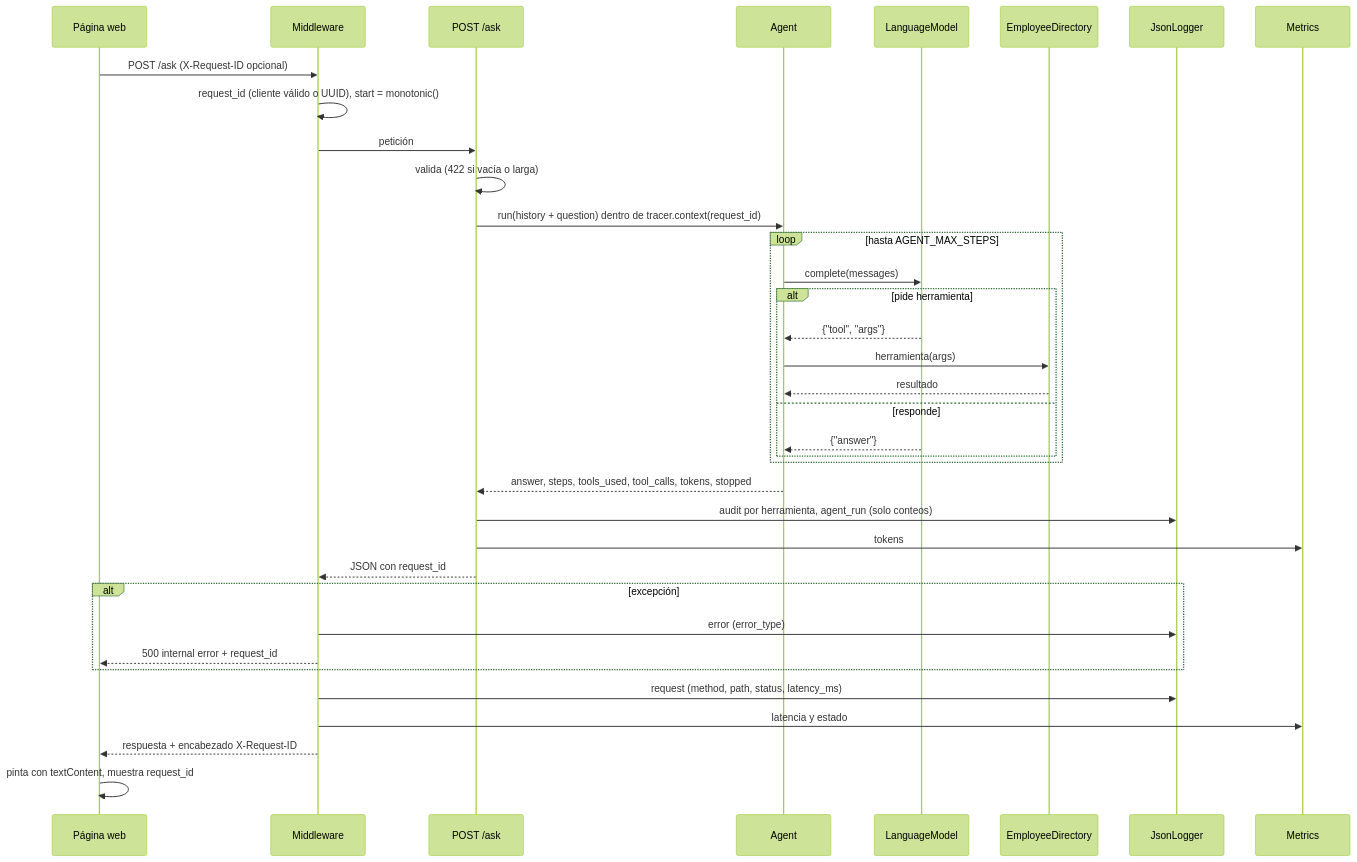
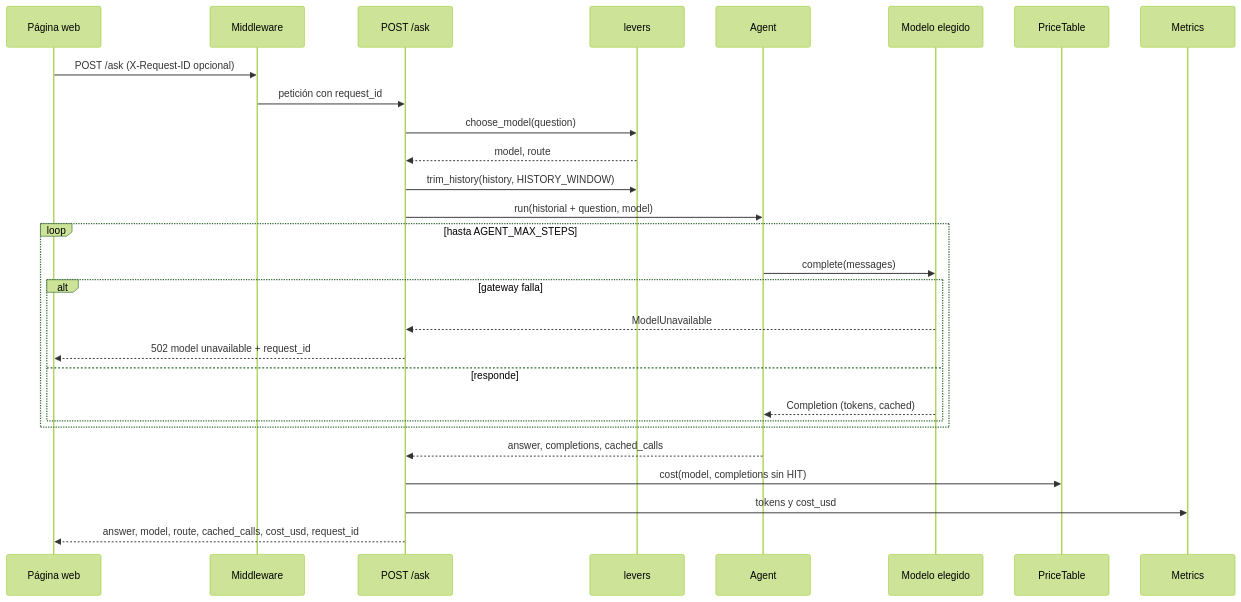
The second of 2 diagrams in product/doc/architecture.md (chavalalo/NextGenCode-M4), drawn with Mermaid (forest theme) before and after one commit. The commit also changed other lines of this file and 50 other files, not shown here.

````diff
--- a/product/doc/architecture.md
+++ b/product/doc/architecture.md
@@ -59,38 +66,30 @@
 ```mermaid
 sequenceDiagram
     participant W as Página web
     participant MW as Middleware
     participant A as POST /ask
+    participant R as levers
     participant G as Agent
-    participant M as LanguageModel
-    participant D as EmployeeDirectory
-    participant L as JsonLogger
+    participant M as Modelo elegido
+    participant P as PriceTable
     participant X as Metrics
     W->>MW: POST /ask (X-Request-ID opcional)
-    MW->>MW: request_id (cliente válido o UUID), start = monotonic()
-    MW->>A: petición
-    A->>A: valida (422 si vacía o larga)
-    A->>G: run(history + question) dentro de tracer.context(request_id)
+    MW->>A: petición con request_id
+    A->>R: choose_model(question)
+    R-->>A: model, route
+    A->>R: trim_history(history, HISTORY_WINDOW)
+    A->>G: run(historial + question, model)
     loop hasta AGENT_MAX_STEPS
         G->>M: complete(messages)
-        alt pide herramienta
-            M-->>G: {"tool", "args"}
-            G->>D: herramienta(args)
-            D-->>G: resultado
+        alt gateway falla
+            M-->>A: ModelUnavailable
+            A-->>W: 502 model unavailable + request_id
         else responde
-            M-->>G: {"answer"}
+            M-->>G: Completion (tokens, cached)
         end
     end
-    G-->>A: answer, steps, tools_used, tool_calls, tokens, stopped
-    A->>L: audit por herramienta, agent_run (solo conteos)
-    A->>X: tokens
-    A-->>MW: JSON con request_id
-    alt excepción
-        MW->>L: error (error_type)
-        MW-->>W: 500 internal error + request_id
-    end
-    MW->>L: request (method, path, status, latency_ms)
-    MW->>X: latencia y estado
-    MW-->>W: respuesta + encabezado X-Request-ID
-    W->>W: pinta con textContent, muestra request_id
+    G-->>A: answer, completions, cached_calls
+    A->>P: cost(model, completions sin HIT)
+    A->>X: tokens y cost_usd
+    A-->>W: answer, model, route, cached_calls, cost_usd, request_id
 ```
````
